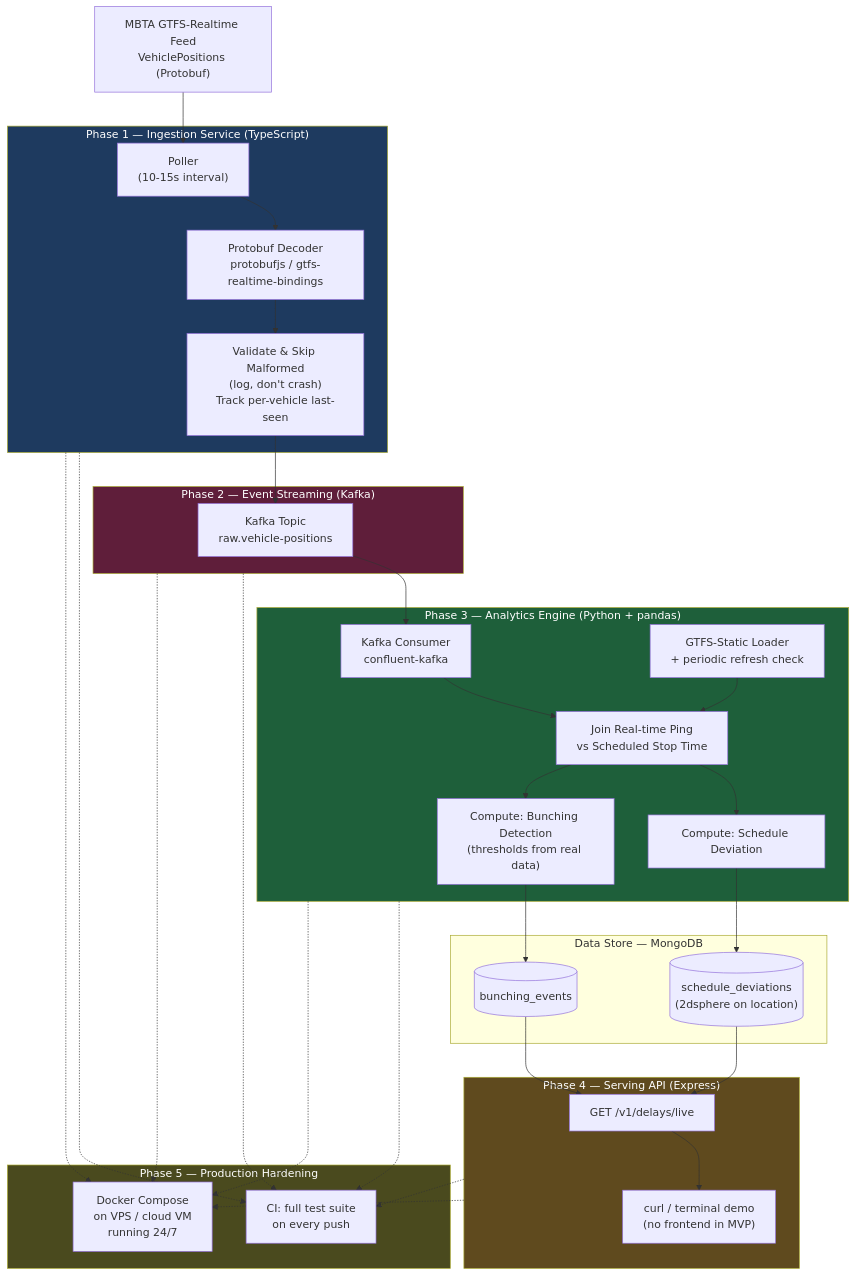
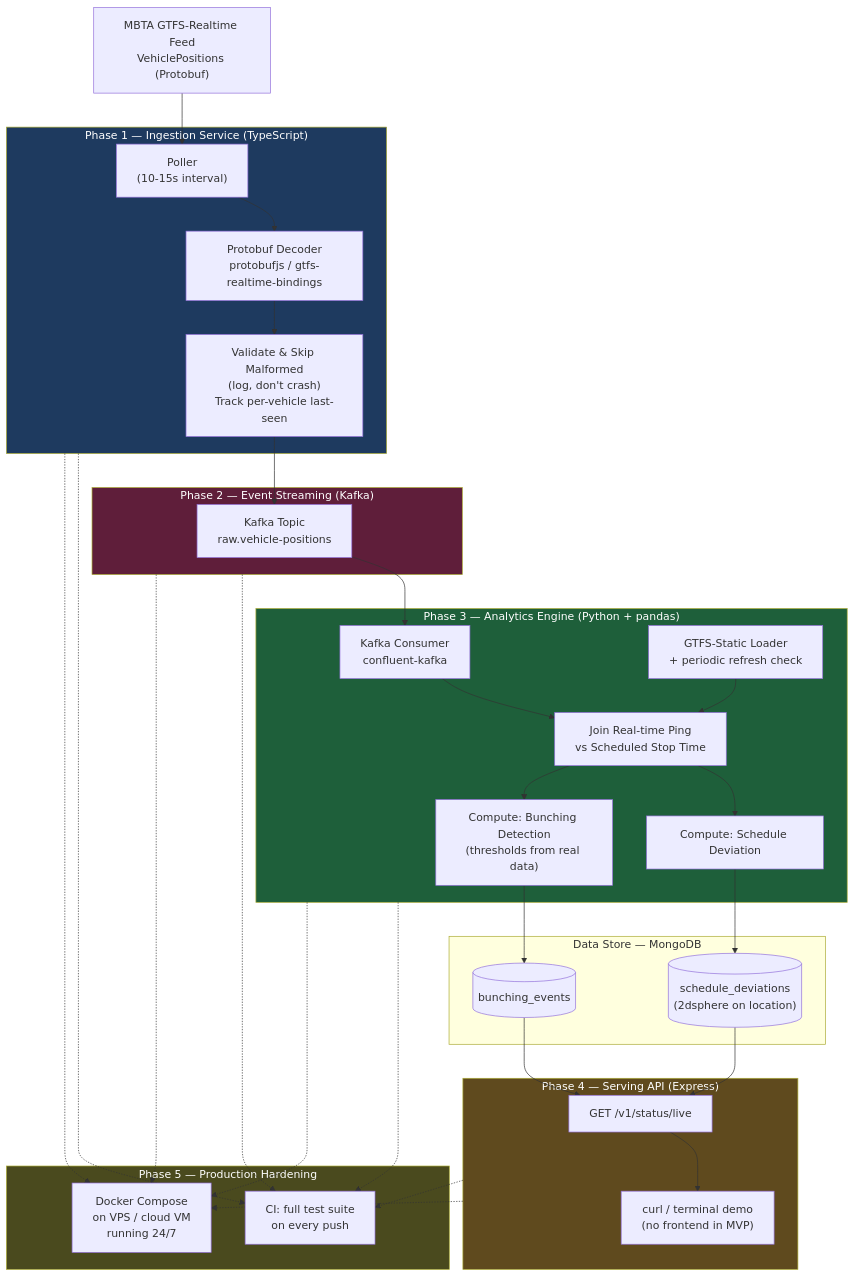
One commit to EderGtz/GTFS-Realtime-Stream-Engine changed the diagram in README.md. Above: the diagram before and after it, drawn with Mermaid. The commit also changed other lines of this file and 1 other file, not shown here.

First line of the commit message:
docs: finalize Phase 4 acceptance criteria and add live API demo

````diff
--- a/README.md
+++ b/README.md
@@ -367,61 +396,61 @@
 ```mermaid
 flowchart TD
     FEED["MBTA GTFS-Realtime Feed\nVehiclePositions (Protobuf)"]
 
     subgraph P1["Phase 1 — Ingestion Service (TypeScript)"]
         POLL["Poller\n(10-15s interval)"]
         DECODE["Protobuf Decoder\nprotobufjs / gtfs-realtime-bindings"]
         VALIDATE["Validate & Skip Malformed\n(log, don't crash)\nTrack per-vehicle last-seen"]
     end
 
     subgraph P2["Phase 2 — Event Streaming (Kafka)"]
         TOPIC["Kafka Topic\nraw.vehicle-positions"]
     end
 
     subgraph P3["Phase 3 — Analytics Engine (Python + pandas)"]
         CONSUME["Kafka Consumer\nconfluent-kafka"]
         STATIC["GTFS-Static Loader\n+ periodic refresh check"]
         JOIN["Join Real-time Ping\nvs Scheduled Stop Time"]
         DELAY["Compute: Schedule Deviation"]
         BUNCH["Compute: Bunching Detection\n(thresholds from real data)"]
     end
 
     subgraph STORE["Data Store — MongoDB"]
         BUNCHING[("bunching_events")]
         DEVIATIONS[("schedule_deviations\n(2dsphere on location)")]
     end
 
     subgraph P4["Phase 4 — Serving API (Express)"]
-        API["GET /v1/delays/live"]
+        API["GET /v1/status/live"]
         DEMO["curl / terminal demo\n(no frontend in MVP)"]
     end
 
     subgraph P5["Phase 5 — Production Hardening"]
         DEPLOY["Docker Compose\non VPS / cloud VM\nrunning 24/7"]
         CI["CI: full test suite\non every push"]
     end
 
     FEED --> POLL --> DECODE --> VALIDATE --> TOPIC
     TOPIC --> CONSUME
     STATIC --> JOIN
     CONSUME --> JOIN
     JOIN --> DELAY --> DEVIATIONS
     JOIN --> BUNCH --> BUNCHING
     DEVIATIONS --> API
     BUNCHING --> API
     API --> DEMO
     P1 -.-> CI
     P2 -.-> CI
     P3 -.-> CI
     P4 -.-> CI
     P1 -.-> DEPLOY
     P2 -.-> DEPLOY
     P3 -.-> DEPLOY
     P4 -.-> DEPLOY
 
     style P1 fill:#1e3a5f,color:#fff
     style P2 fill:#5f1e3a,color:#fff
     style P3 fill:#1e5f3a,color:#fff
     style P4 fill:#5f4a1e,color:#fff
     style P5 fill:#4a4a1e,color:#fff
 ```
````
